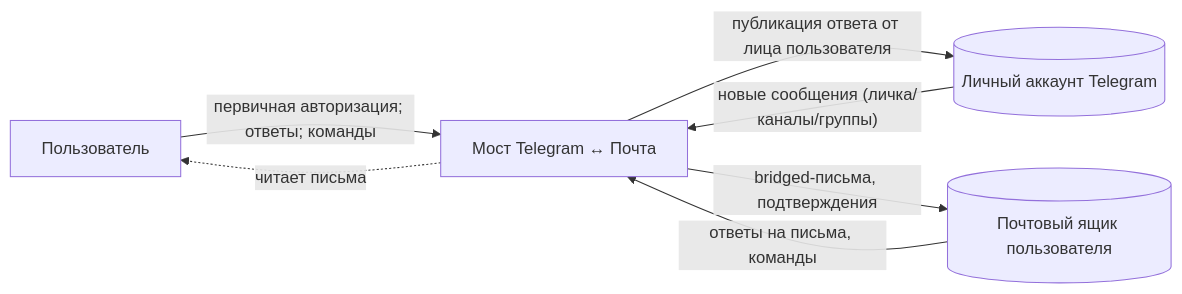
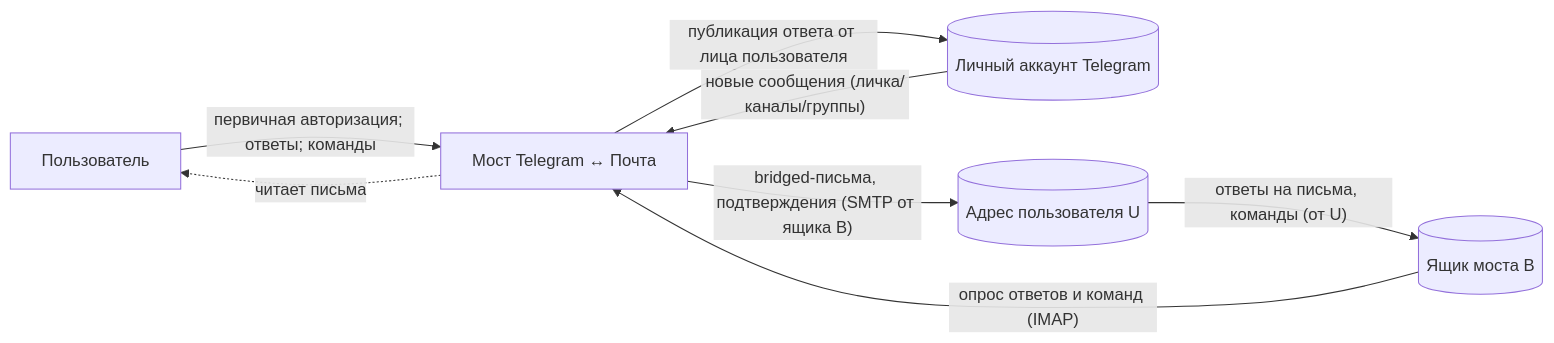
One commit to deminded/mailtg-bridge changed the diagram in masterspec/01-requirements/05-landscape/context-mailtg-bridge.md. Above: the diagram before and after it, drawn with Mermaid. The commit also changed other lines of this file and 18 other files, not shown here.

````diff
--- a/masterspec/01-requirements/05-landscape/context-mailtg-bridge.md
+++ b/masterspec/01-requirements/05-landscape/context-mailtg-bridge.md
@@ -37,9 +42,10 @@
 ```mermaid
 flowchart LR
     U[Пользователь] -->|"первичная авторизация; ответы; команды"| B
     TG[(Личный аккаунт Telegram)] -->|"новые сообщения (личка/каналы/группы)"| B
     B -->|"публикация ответа от лица пользователя"| TG
-    B[Мост Telegram ↔ Почта] -->|"bridged-письма, подтверждения"| MB[(Почтовый ящик пользователя)]
-    MB -->|"ответы на письма, команды"| B
+    B[Мост Telegram ↔ Почта] -->|"bridged-письма, подтверждения (SMTP от ящика B)"| UADDR[(Адрес пользователя U)]
+    UADDR -->|"ответы на письма, команды (от U)"| BMBX[(Ящик моста B)]
+    BMBX -->|"опрос ответов и команд (IMAP)"| B
     B -.->|"читает письма"| U
 ```
````
